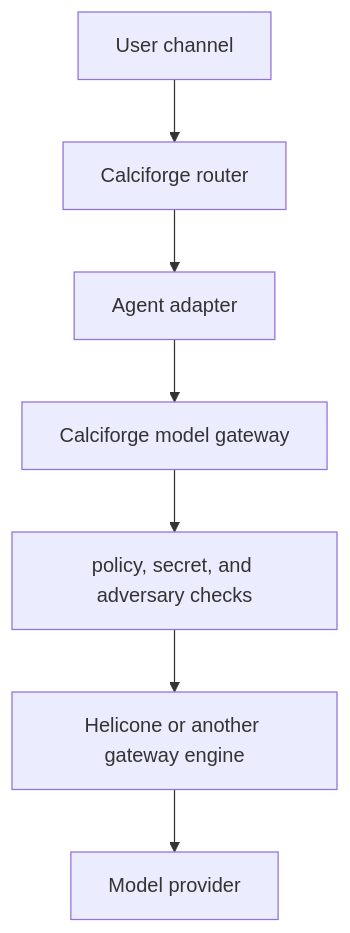
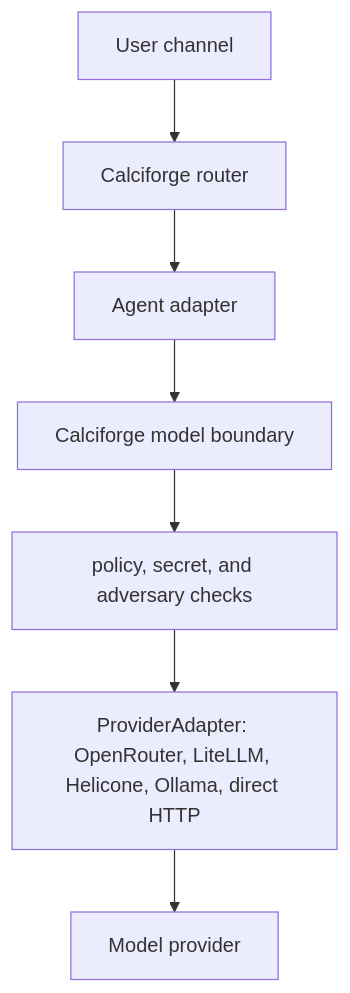
The first of 2 diagrams in docs/model-gateway.md (bglusman/calciforge), drawn with Mermaid before and after one commit. The commit also changed other lines of this file and 27 other files, not shown here.

Commit message:
refactor: clarify provider adapter model boundary

````diff
--- a/docs/model-gateway.md
+++ b/docs/model-gateway.md
@@ -34,9 +46,9 @@
 ```mermaid
 flowchart TD
   User["User channel"] --> Calciforge["Calciforge router"]
   Calciforge --> Agent["Agent adapter"]
-  Agent --> Gateway["Calciforge model gateway"]
+  Agent --> Gateway["Calciforge model boundary"]
   Gateway --> Policy["policy, secret, and adversary checks"]
-  Policy --> ExternalGateway["Helicone or another gateway engine"]
+  Policy --> ExternalGateway["ProviderAdapter: OpenRouter, LiteLLM, Helicone, Ollama, direct HTTP"]
   ExternalGateway --> Provider["Model provider"]
 ```
````
